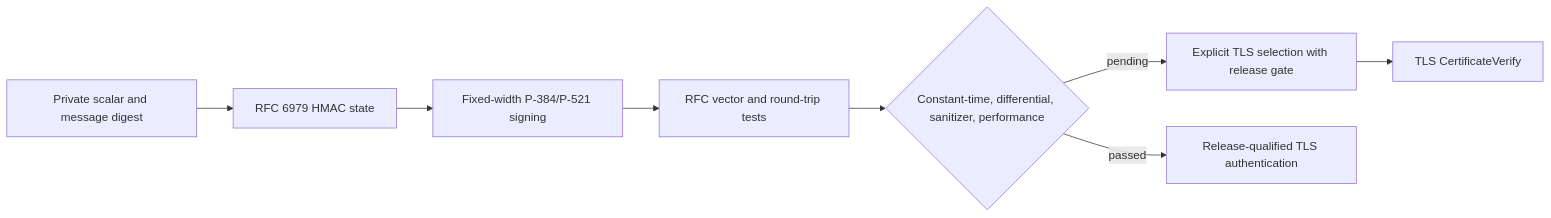
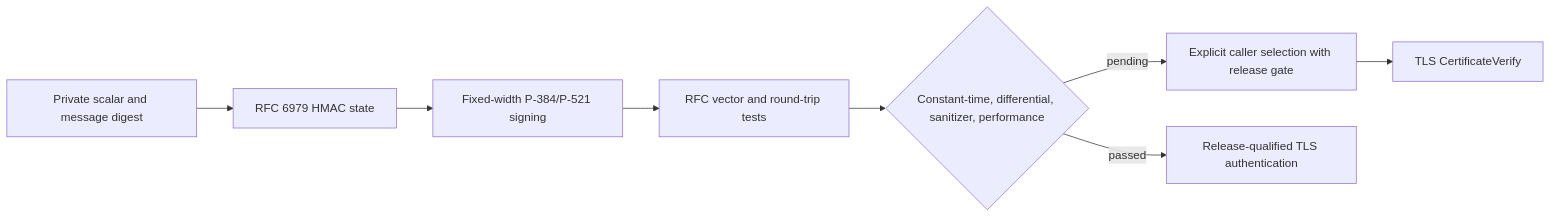
One commit to 1amageek/swift-ssl changed the diagram in docs/adr/0031-p384-p521-ecdsa-validation-backend.md. Above: the diagram before and after it, drawn with Mermaid. The commit also changed other lines of this file and 197 other files, not shown here.

````diff
--- a/docs/adr/0031-p384-p521-ecdsa-validation-backend.md
+++ b/docs/adr/0031-p384-p521-ecdsa-validation-backend.md
@@ -24,10 +23,10 @@
 ```mermaid
 flowchart LR
     Input[Private scalar and message digest] --> RFC[RFC 6979 HMAC state]
     RFC --> Sign[Fixed-width P-384/P-521 signing]
     Sign --> Vector[RFC vector and round-trip tests]
     Vector --> Gates{Constant-time, differential, sanitizer, performance}
-    Gates -->|pending| Explicit[Explicit TLS selection with release gate]
+    Gates -->|pending| Explicit[Explicit caller selection with release gate]
     Gates -->|passed| Qualified[Release-qualified TLS authentication]
     Explicit --> TLS[TLS CertificateVerify]
 ```
````
